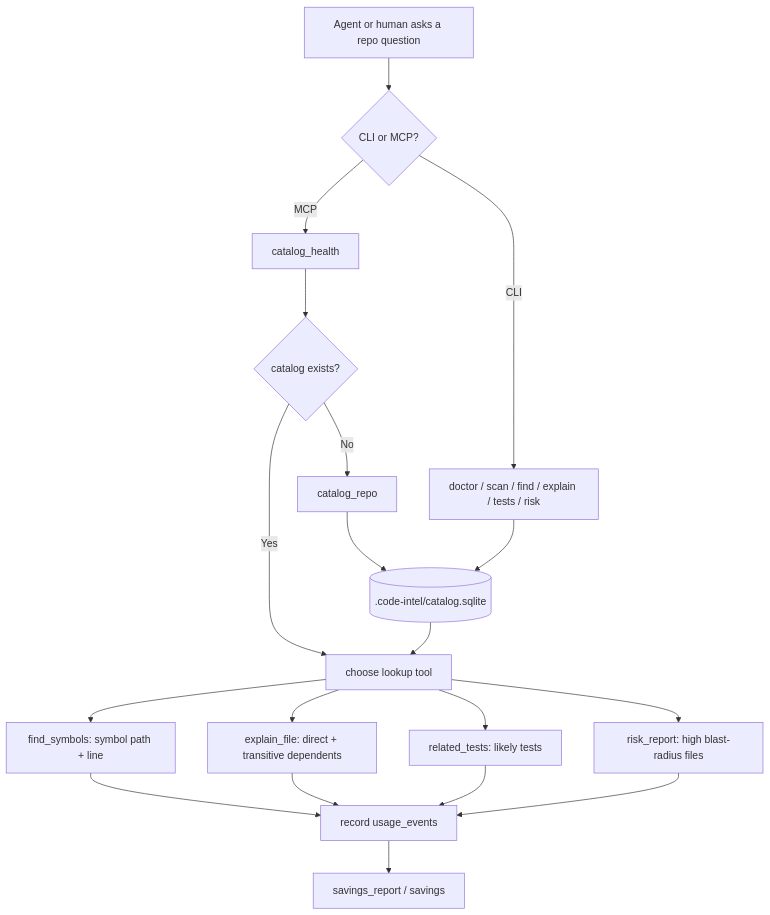
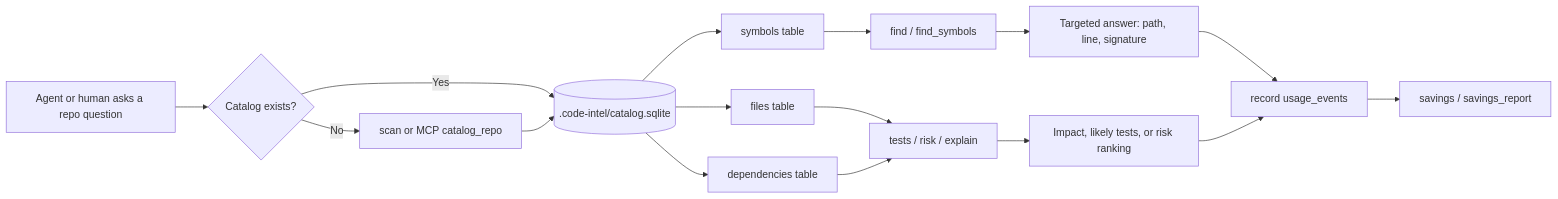
One commit to marlonfcaraujo/code-intel changed the first of 3 diagrams in README.md. Above: the diagram before and after it, drawn with Mermaid. The commit also changed other lines of this file, not shown here.

Commit message:
docs: add search and savings diagrams

````diff
--- a/README.md
+++ b/README.md
@@ -243,21 +245,18 @@
 ```mermaid
-flowchart TD
-    A["Agent or human asks a repo question"] --> B{"CLI or MCP?"}
-    B -->|CLI| C["doctor / scan / find / explain / tests / risk"]
-    B -->|MCP| D["catalog_health"]
-    D --> E{"catalog exists?"}
-    E -->|No| F["catalog_repo"]
-    E -->|Yes| G["choose lookup tool"]
-    F --> H[(".code-intel/catalog.sqlite")]
-    C --> H
-    H --> G
-    G --> I["find_symbols: symbol path + line"]
-    G --> J["explain_file: direct + transitive dependents"]
-    G --> K["related_tests: likely tests"]
-    G --> L["risk_report: high blast-radius files"]
-    I --> M["record usage_events"]
-    J --> M
-    K --> M
-    L --> M
-    M --> N["savings_report / savings"]
+flowchart LR
+    A["Agent or human asks a repo question"] --> B{"Catalog exists?"}
+    B -->|No| C["scan or MCP catalog_repo"]
+    B -->|Yes| D[(".code-intel/catalog.sqlite")]
+    C --> D
+    D --> E["files table"]
+    D --> F["symbols table"]
+    D --> G["dependencies table"]
+    F --> H["find / find_symbols"]
+    E --> I["tests / risk / explain"]
+    G --> I
+    H --> J["Targeted answer: path, line, signature"]
+    I --> K["Impact, likely tests, or risk ranking"]
+    J --> L["record usage_events"]
+    K --> L
+    L --> M["savings / savings_report"]
 ```
````
